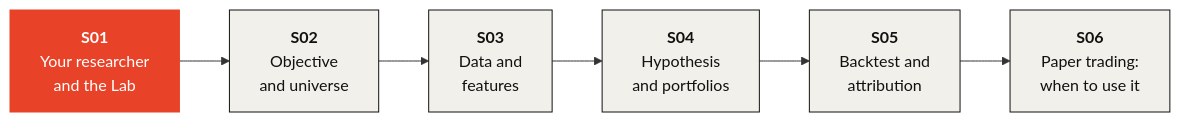
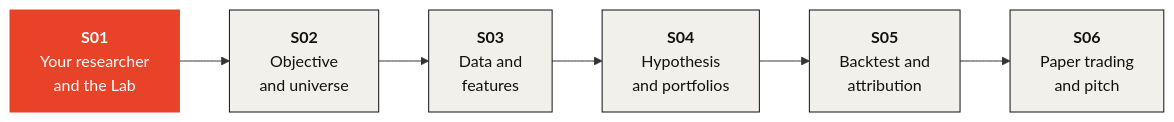
One commit to KaxaNuk/Investment-Bootcamp changed the diagram in README.md. Above: the diagram before and after it, drawn with Mermaid.

Commit message:
Name S06 in the path: paper trading and pitch

````diff
--- a/README.md
+++ b/README.md
@@ -33,14 +33,14 @@
 ```mermaid
 flowchart LR
     S01["<b>S01</b><br/>Your researcher<br/>and the Lab"] --> S02["<b>S02</b><br/>Objective<br/>and universe"]
     S02 --> S03["<b>S03</b><br/>Data and<br/>features"]
     S03 --> S04["<b>S04</b><br/>Hypothesis<br/>and portfolios"]
     S04 --> S05["<b>S05</b><br/>Backtest and<br/>attribution"]
-    S05 --> S06["<b>S06</b><br/>Paper trading:<br/>when to use it"]
+    S05 --> S06["<b>S06</b><br/>Paper trading<br/>and pitch"]
     style S01 fill:#E84328,stroke:#E84328,color:#ffffff
     style S02 fill:#F2F0EB,stroke:#121110,color:#121110
     style S03 fill:#F2F0EB,stroke:#121110,color:#121110
     style S04 fill:#F2F0EB,stroke:#121110,color:#121110
     style S05 fill:#F2F0EB,stroke:#121110,color:#121110
     style S06 fill:#F2F0EB,stroke:#121110,color:#121110
 ```
````
